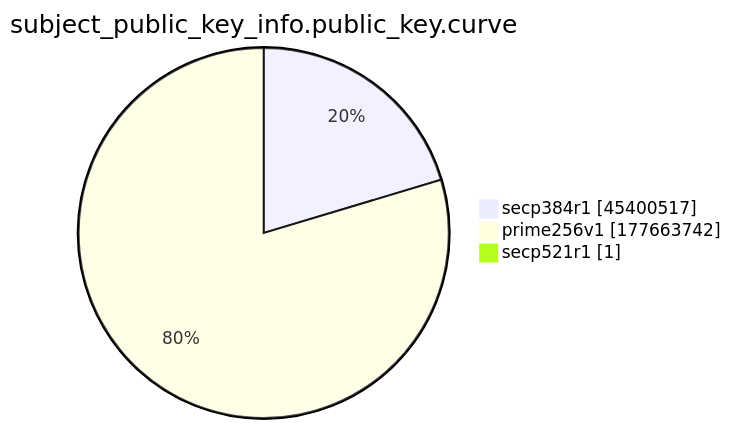
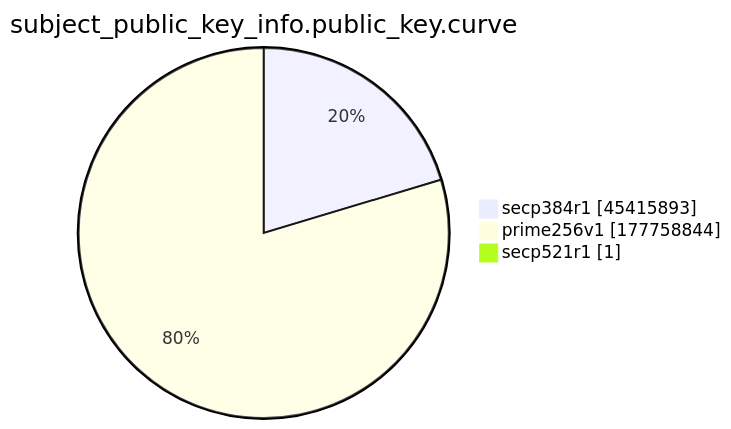
One commit to christiankrug/ctmonitor_visualization changed the ninth of 15 diagrams in xenon2022/README.md. Above: the diagram before and after it, drawn with Mermaid. The commit also changed other lines of this file, not shown here.

````diff
--- a/xenon2022/README.md
+++ b/xenon2022/README.md
@@ -2873,7 +2873,7 @@
 ```mermaid
 pie showData
 title subject_public_key_info.public_key.curve
-"secp384r1" :45400517
-"prime256v1" :177663742
+"secp384r1" :45415893
+"prime256v1" :177758844
 "secp521r1" :1
 ```
````
